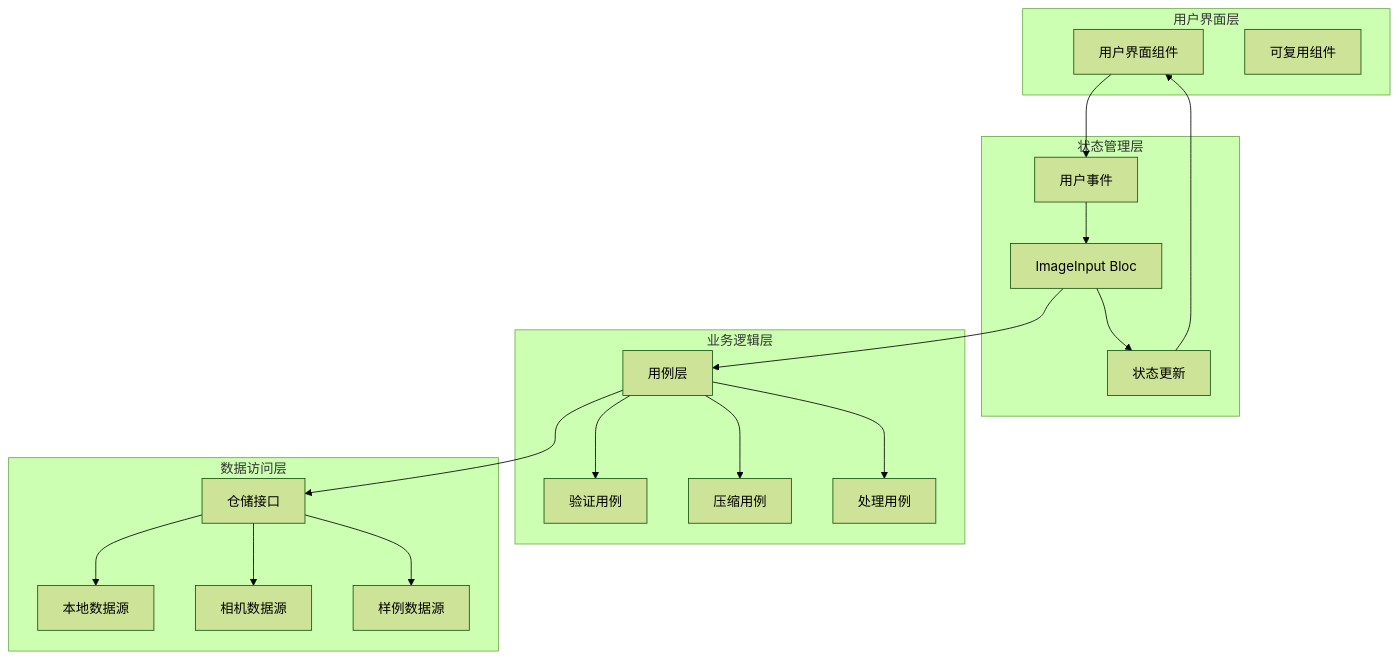
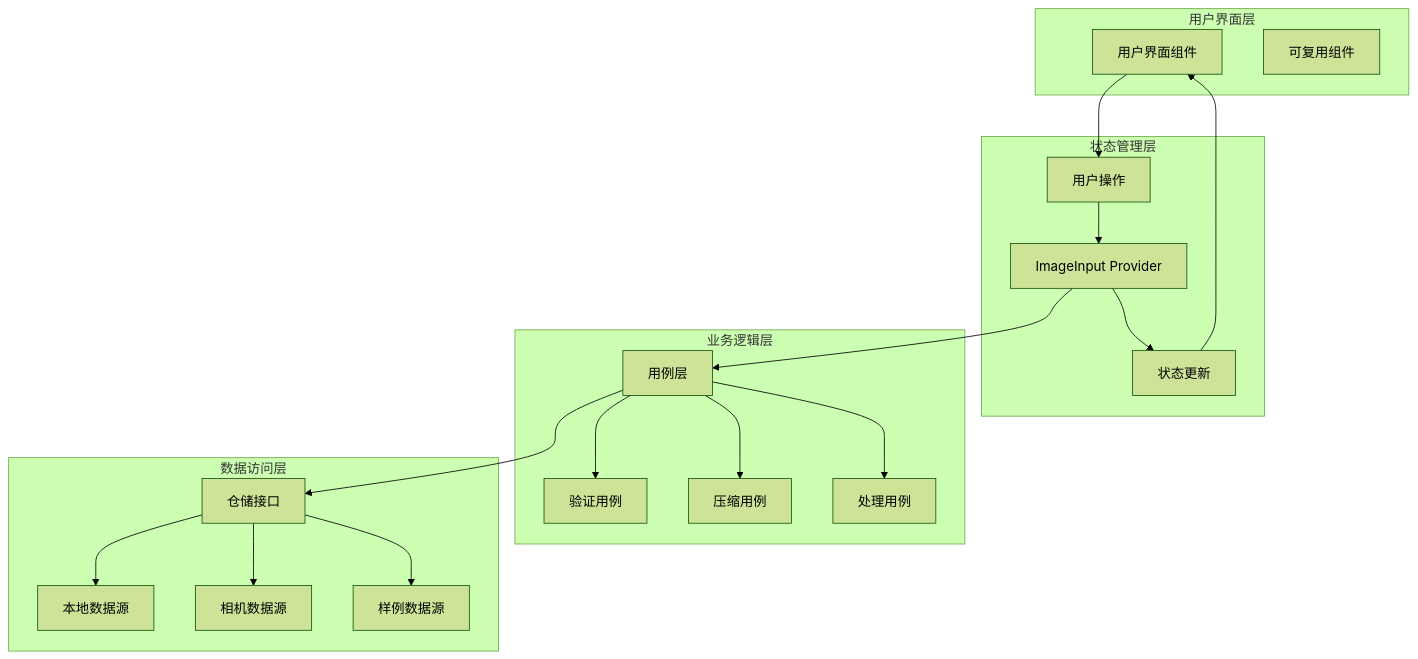
The diagram in dehaze_flutter/docs/module/02-image-input-module.md (earthy-zinc/dehaze-system), drawn with Mermaid (forest theme) before and after one commit. The commit also changed other lines of this file and 32 other files, not shown here.

First line of the commit message:
docs(architecture): 重构架构文档并更新状态管理配置

````diff
--- a/dehaze_flutter/docs/module/02-image-input-module.md
+++ b/dehaze_flutter/docs/module/02-image-input-module.md
@@ -85,40 +85,40 @@
 ```mermaid
 graph TD
     subgraph "用户界面层"
         UI[用户界面组件]
         WIDGETS[可复用组件]
     end
 
     subgraph "状态管理层"
-        BLOC[ImageInput Bloc]
-        EVENTS[用户事件]
+        PROVIDER[ImageInput Provider]
+        ACTIONS[用户操作]
         STATES[状态更新]
     end
 
     subgraph "业务逻辑层"
         USECASES[用例层]
         VALIDATE[验证用例]
         COMPRESS[压缩用例]
         PROCESS[处理用例]
     end
 
     subgraph "数据访问层"
         REPOSITORY[仓储接口]
         LOCAL[本地数据源]
         CAMERA[相机数据源]
         SAMPLE[样例数据源]
     end
 
-    UI --> EVENTS
-    EVENTS --> BLOC
-    BLOC --> STATES
+    UI --> ACTIONS
+    ACTIONS --> PROVIDER
+    PROVIDER --> STATES
     STATES --> UI
-    BLOC --> USECASES
+    PROVIDER --> USECASES
     USECASES --> VALIDATE
     USECASES --> COMPRESS
     USECASES --> PROCESS
     USECASES --> REPOSITORY
     REPOSITORY --> LOCAL
     REPOSITORY --> CAMERA
     REPOSITORY --> SAMPLE
 ```
````
